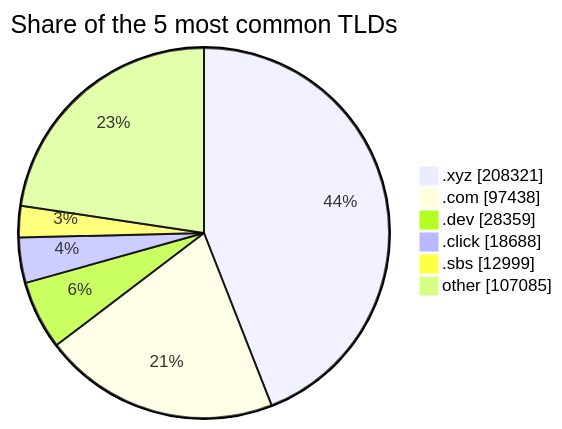
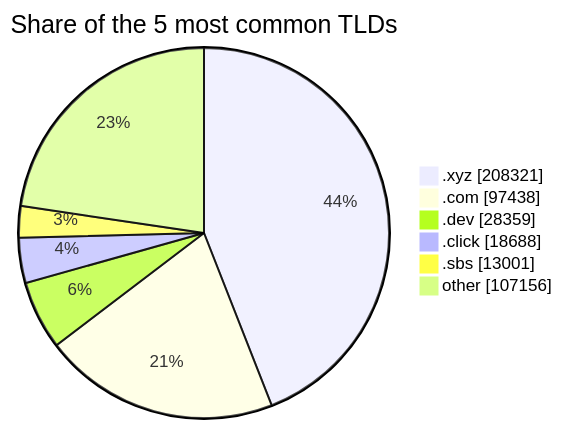
One commit to DNSBunker/CTI changed the second of 2 diagrams in README.md. Above: the diagram before and after it, drawn with Mermaid. The commit also changed other lines of this file and 3 other files, not shown here.

````diff
--- a/README.md
+++ b/README.md
@@ -72,9 +72,9 @@
 ```mermaid
 pie showData title Share of the 5 most common TLDs
     ".xyz" : 208321
     ".com" : 97438
     ".dev" : 28359
     ".click" : 18688
-    ".sbs" : 12999
-    "other" : 107085
+    ".sbs" : 13001
+    "other" : 107156
 ```
````
